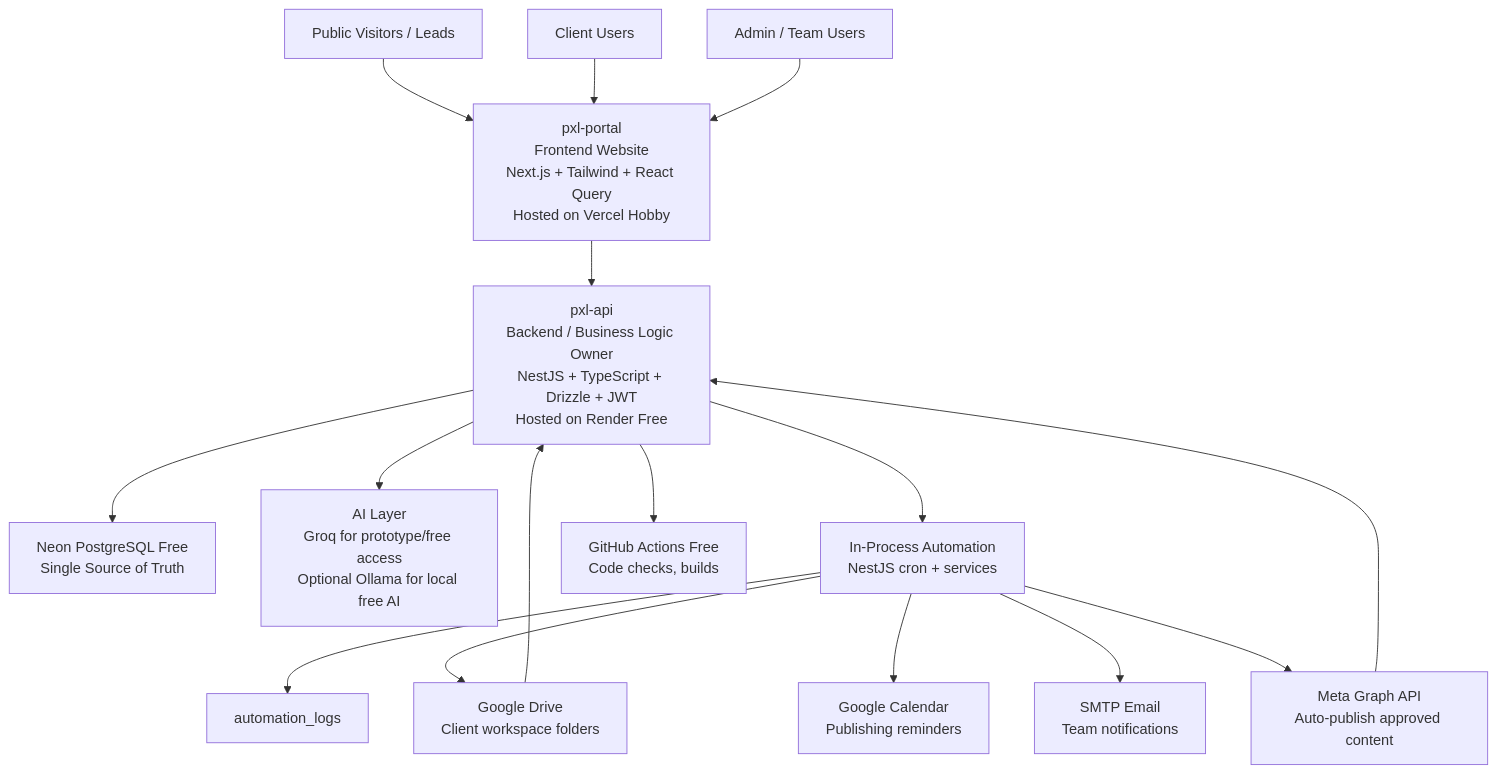
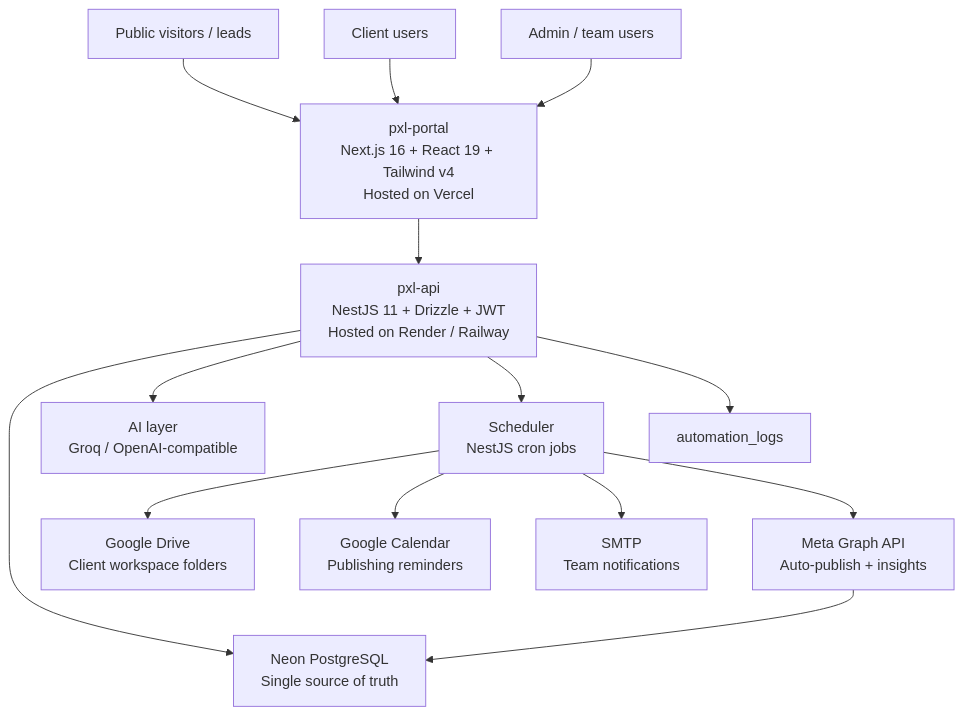
The first of 3 diagrams in profile/README.md (pxl-lgp/.github), drawn with Mermaid before and after one commit. The commit also changed other lines of this file, not shown here.

````diff
--- a/profile/README.md
+++ b/profile/README.md
@@ -227,22 +53,20 @@
 ```mermaid
 flowchart TB
-  Public["Public Visitors / Leads"] --> Portal["pxl-portal<br/>Frontend Website<br/>Next.js + Tailwind + React Query<br/>Hosted on Vercel Hobby"]
-  Client["Client Users"] --> Portal
-  Team["Admin / Team Users"] --> Portal
+  Public["Public visitors / leads"] --> Portal
+  Client["Client users"] --> Portal
+  Team["Admin / team users"] --> Portal
 
-  Portal --> API["pxl-api<br/>Backend / Business Logic Owner<br/>NestJS + TypeScript + Drizzle + JWT<br/>Hosted on Render Free"]
-  API --> DB["Neon PostgreSQL Free<br/>Single Source of Truth"]
+  Portal["pxl-portal<br/>Next.js 16 + React 19 + Tailwind v4<br/>Hosted on Vercel"]
+  Portal --> API["pxl-api<br/>NestJS 11 + Drizzle + JWT<br/>Hosted on Render / Railway"]
 
-  API --> AI["AI Layer<br/>Groq for prototype/free access<br/>Optional Ollama for local free AI"]
-  API --> Automation["In-Process Automation<br/>NestJS cron + services"]
-  Automation --> Logs["automation_logs"]
-  API --> GHA["GitHub Actions Free<br/>Code checks, builds"]
+  API --> DB["Neon PostgreSQL<br/>Single source of truth"]
+  API --> AI["AI layer<br/>Groq / OpenAI-compatible"]
+  API --> Sched["Scheduler<br/>NestJS cron jobs"]
+  API --> Logs["automation_logs"]
 
-  Automation --> Drive["Google Drive<br/>Client workspace folders"]
-  Automation --> Calendar["Google Calendar<br/>Publishing reminders"]
-  Automation --> Email["SMTP Email<br/>Team notifications"]
-  Automation --> Meta["Meta Graph API<br/>Auto-publish approved content"]
-
-  Drive --> API
-  Meta --> API
+  Sched --> Drive["Google Drive<br/>Client workspace folders"]
+  Sched --> Calendar["Google Calendar<br/>Publishing reminders"]
+  Sched --> Email["SMTP<br/>Team notifications"]
+  Sched --> Meta["Meta Graph API<br/>Auto-publish + insights"]
+  Meta --> DB
 ```
````
